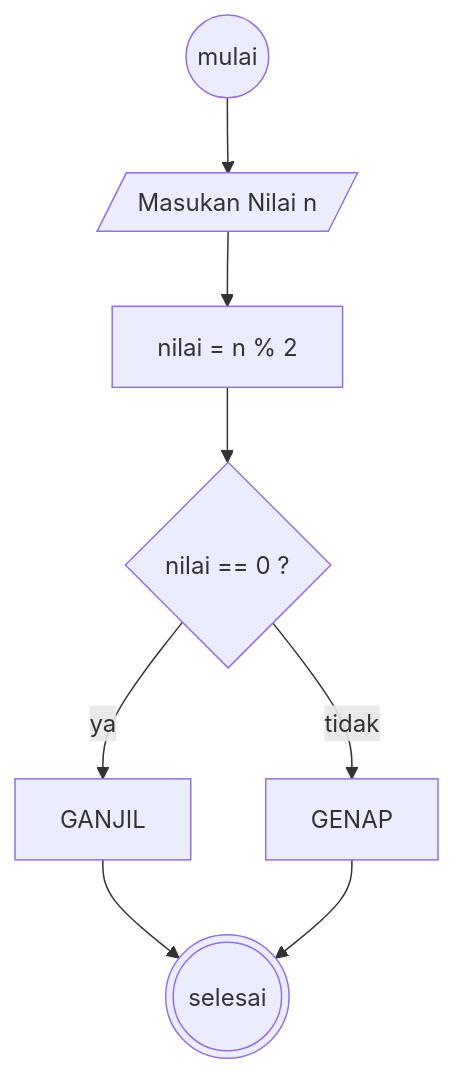
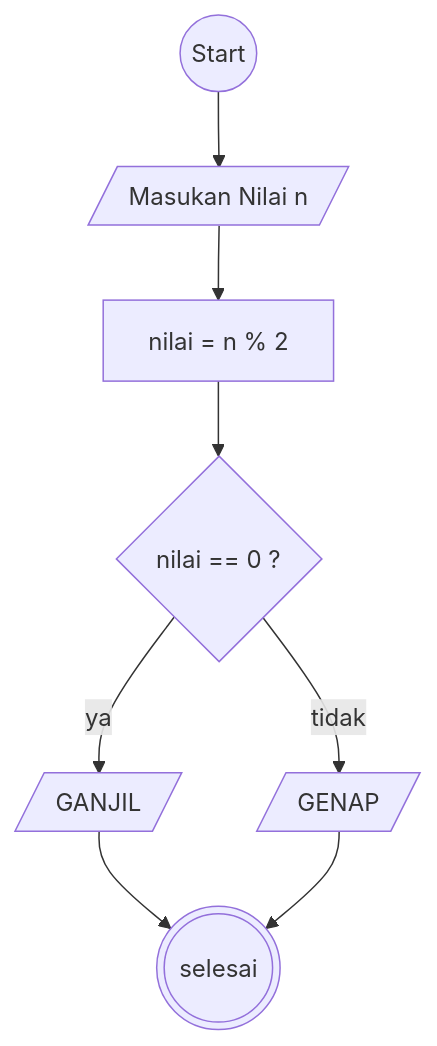
Before and after one commit to Farhan-dev-dot/koda-b10-algoritma: the diagram in README.md, drawn with Mermaid.

````diff
--- a/README.md
+++ b/README.md
@@ -45,24 +45,24 @@
 ```mermaid
 
 
 flowchart TD
 
-A((mulai))
+A@{ shape: circle, label: "Start" }
 B[/Masukan Nilai n /]
 C[nilai = n % 2]
 D{nilai == 0 ? }
-E[GENAP]
-F[GANJIL]
+E[/GENAP/]
+F[/GANJIL/]
 G(((selesai)))
 
 A-->B
 B-->C
 C-->D
 D--ya-->F
 D--tidak-->E
 F-->G
 E-->G
 
 
 
 ```
````
